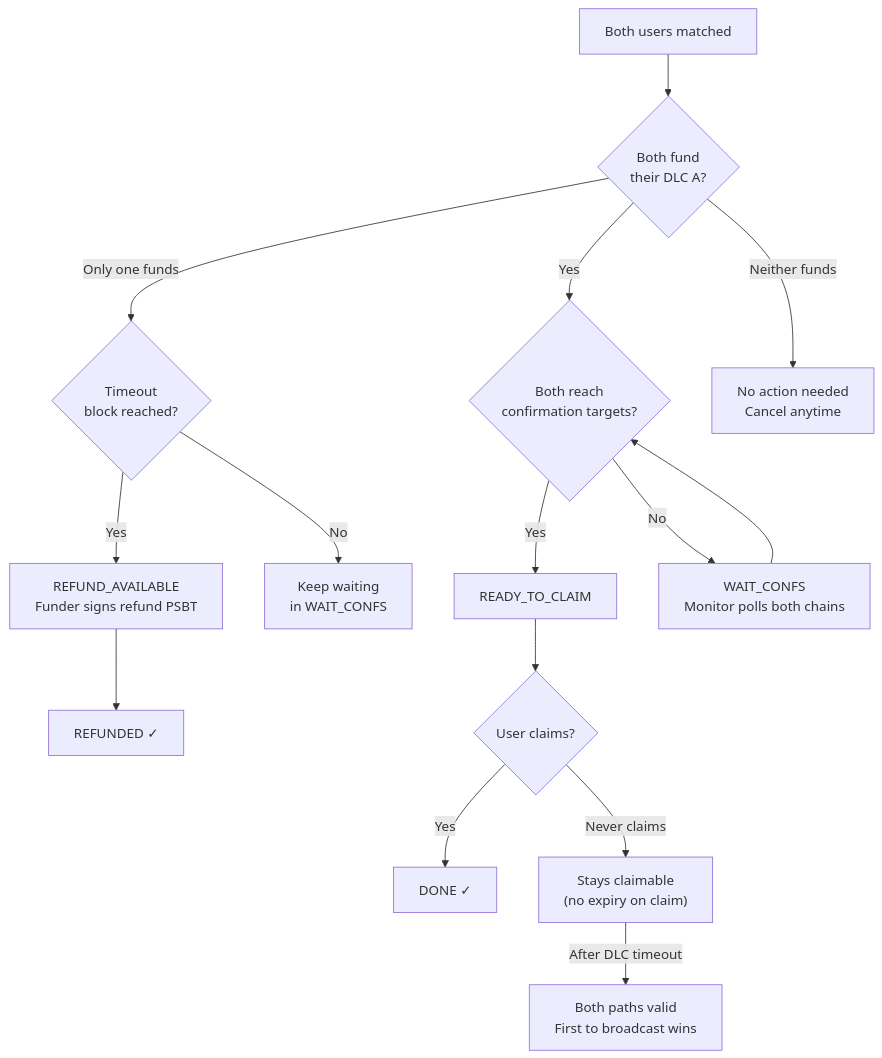
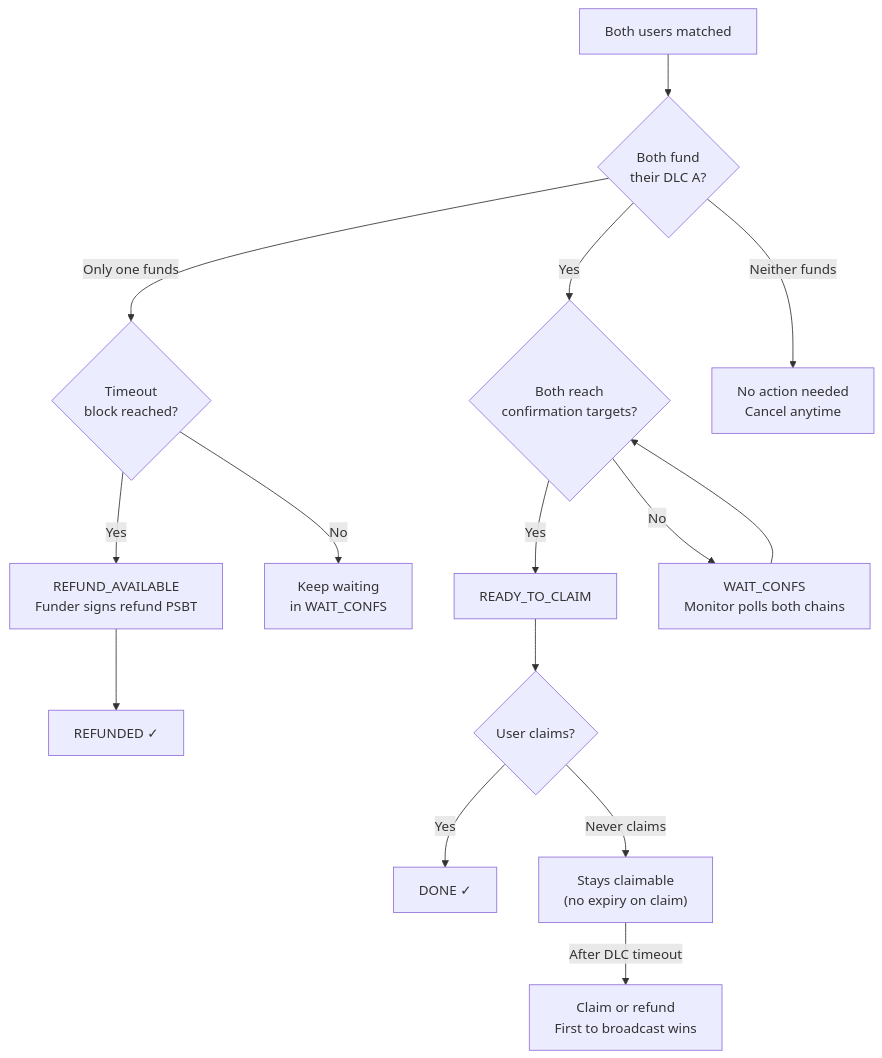
Before and after one commit to the-lonely-bit/taproot-based_discreet_log_contracts: the fifth of 5 diagrams in README.md, drawn with Mermaid. The commit also changed other lines of this file, not shown here.

````diff
--- a/README.md
+++ b/README.md
@@ -529,21 +570,21 @@
 ```mermaid
 flowchart TD
     Start["Both users matched"] --> BothFund{Both fund<br/>their DLC A?}
 
     BothFund -->|Yes| BothConfirm{Both reach<br/>confirmation targets?}
     BothFund -->|"Only one funds"| TimeoutCheck{"Timeout<br/>block reached?"}
     BothFund -->|"Neither funds"| NothingHappens["No action needed<br/>Cancel anytime"]
 
     TimeoutCheck -->|Yes| RefundAvailable["REFUND_AVAILABLE<br/>Funder signs refund PSBT"]
     TimeoutCheck -->|No| WaitMore["Keep waiting<br/>in WAIT_CONFS"]
     RefundAvailable --> Refunded["REFUNDED ✓"]
 
     BothConfirm -->|Yes| ReadyToClaim["READY_TO_CLAIM"]
     BothConfirm -->|No| WaitConfs["WAIT_CONFS<br/>Monitor polls both chains"]
     WaitConfs --> BothConfirm
 
     ReadyToClaim --> UserClaims{User claims?}
     UserClaims -->|Yes| Done["DONE ✓"]
     UserClaims -->|"Never claims"| StillClaimable["Stays claimable<br/>(no expiry on claim)"]
-    StillClaimable -->|"After DLC timeout"| BothPaths["Both paths valid<br/>First to broadcast wins"]
+    StillClaimable -->|"After DLC timeout"| BothPaths["Claim or refund<br/>First to broadcast wins"]
 ```
````
